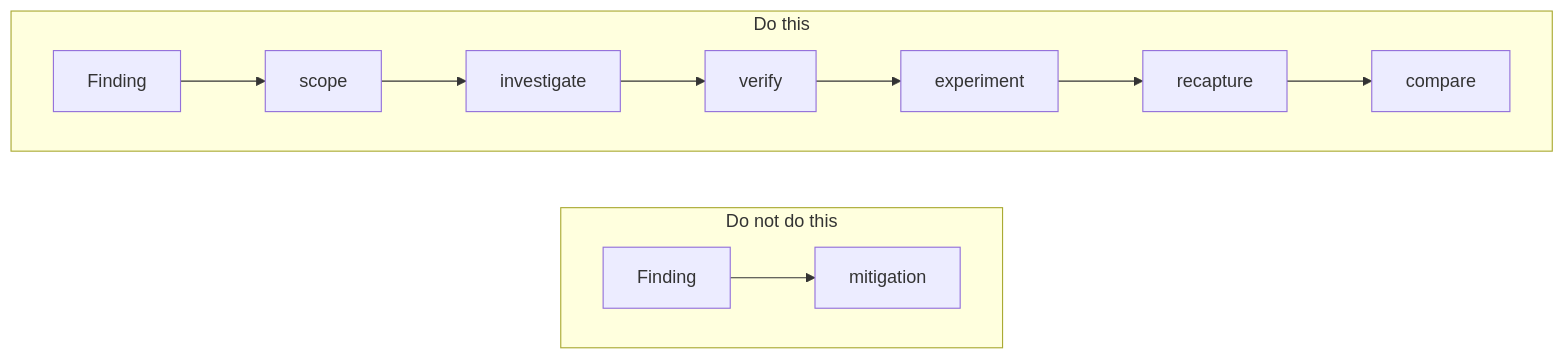
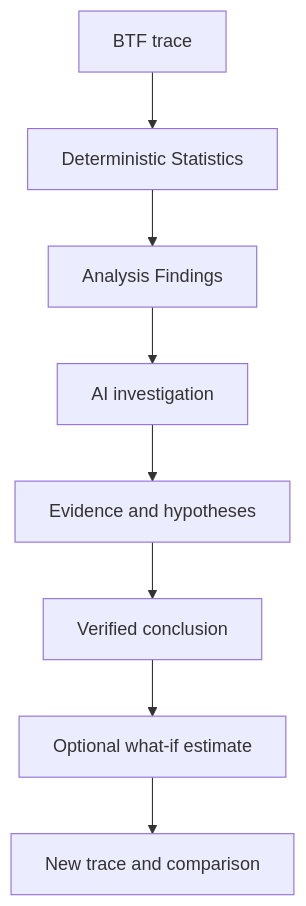
The second of 11 diagrams in BTFViewer/AI.md (kuopinghsu/FreeRTOS-BTF-Trace), drawn with Mermaid before and after one commit. The commit also changed other lines of this file, not shown here.

````diff
--- a/BTFViewer/AI.md
+++ b/BTFViewer/AI.md
@@ -157,11 +57,10 @@
 ```mermaid
-flowchart LR
-  subgraph skip["Do not do this"]
-    direction LR
-    badFind[Finding] --> badMit[mitigation]
-  end
-  subgraph good["Do this"]
-    direction LR
-    f[Finding] --> s[scope] --> i[investigate] --> v[verify] --> e[experiment] --> r[recapture] --> c[compare]
-  end
+flowchart TD
+  trace[BTF trace] --> stats[Deterministic Statistics]
+  stats --> findings[Analysis Findings]
+  findings --> ai[AI investigation]
+  ai --> evidence[Evidence and hypotheses]
+  evidence --> verdict[Verified conclusion]
+  verdict --> estimate[Optional what-if estimate]
+  estimate --> compare[New trace and comparison]
 ```
````
